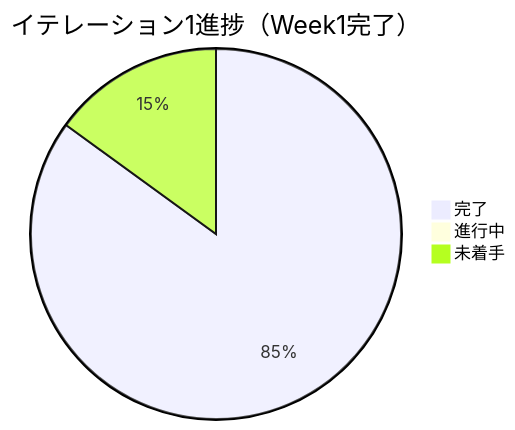
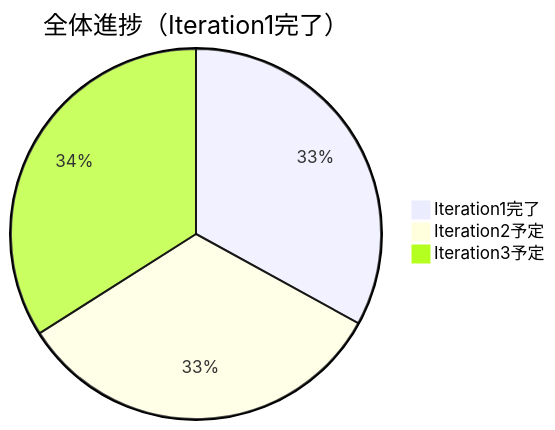
The second of 2 diagrams in docs/requirements/イテレーション計画.md (k2works/ai-programing-exercise), drawn with Mermaid before and after one commit. The commit also changed other lines of this file, not shown here.

````diff
--- a/docs/requirements/イテレーション計画.md
+++ b/docs/requirements/イテレーション計画.md
@@ -363,6 +225,6 @@
 ```mermaid
-pie title イテレーション1進捗（Week1完了）
-    "完了" : 85
-    "進行中" : 0
-    "未着手" : 15
+pie title 全体進捗（Iteration1完了）
+    "Iteration1完了" : 33
+    "Iteration2予定" : 33
+    "Iteration3予定" : 34
 ```
````
